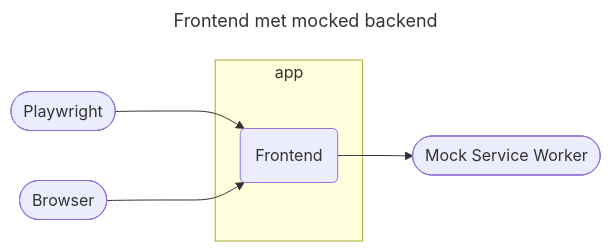
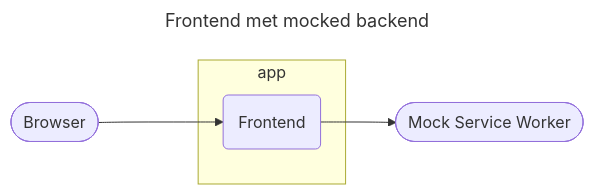
The fourth of 6 diagrams in documentatie/ontwikkelproces/test-tooling.md (kiesraad/abacus), drawn with Mermaid before and after one commit. The commit also changed other lines of this file, not shown here.

Commit message:
removes e2e:app tests from test-tooling.md

````diff
--- a/documentatie/ontwikkelproces/test-tooling.md
+++ b/documentatie/ontwikkelproces/test-tooling.md
@@ -77,20 +77,18 @@
 ```mermaid
 ---
 title: Frontend met mocked backend
 ---
 flowchart LR
     fe(Frontend)
 
-    playwright([Playwright])
     browser([Browser])
     msw([Mock Service Worker])
 
-    playwright ---> fe
     browser ---> fe
 
     subgraph app
         fe
     end
 
     fe --> msw
 ```
````
